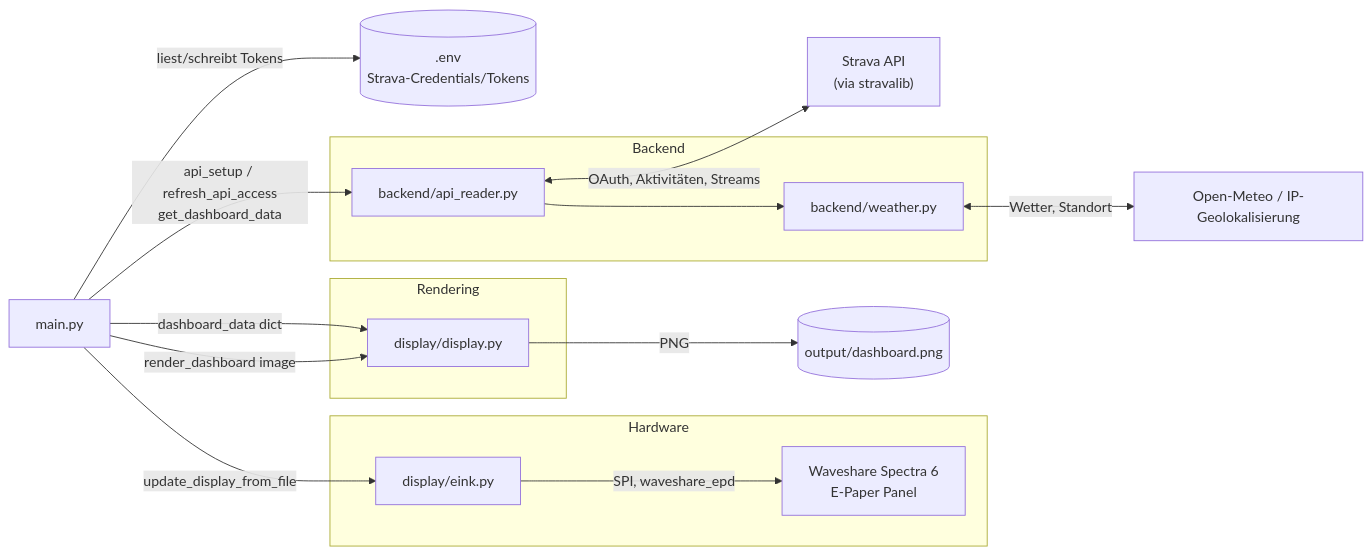
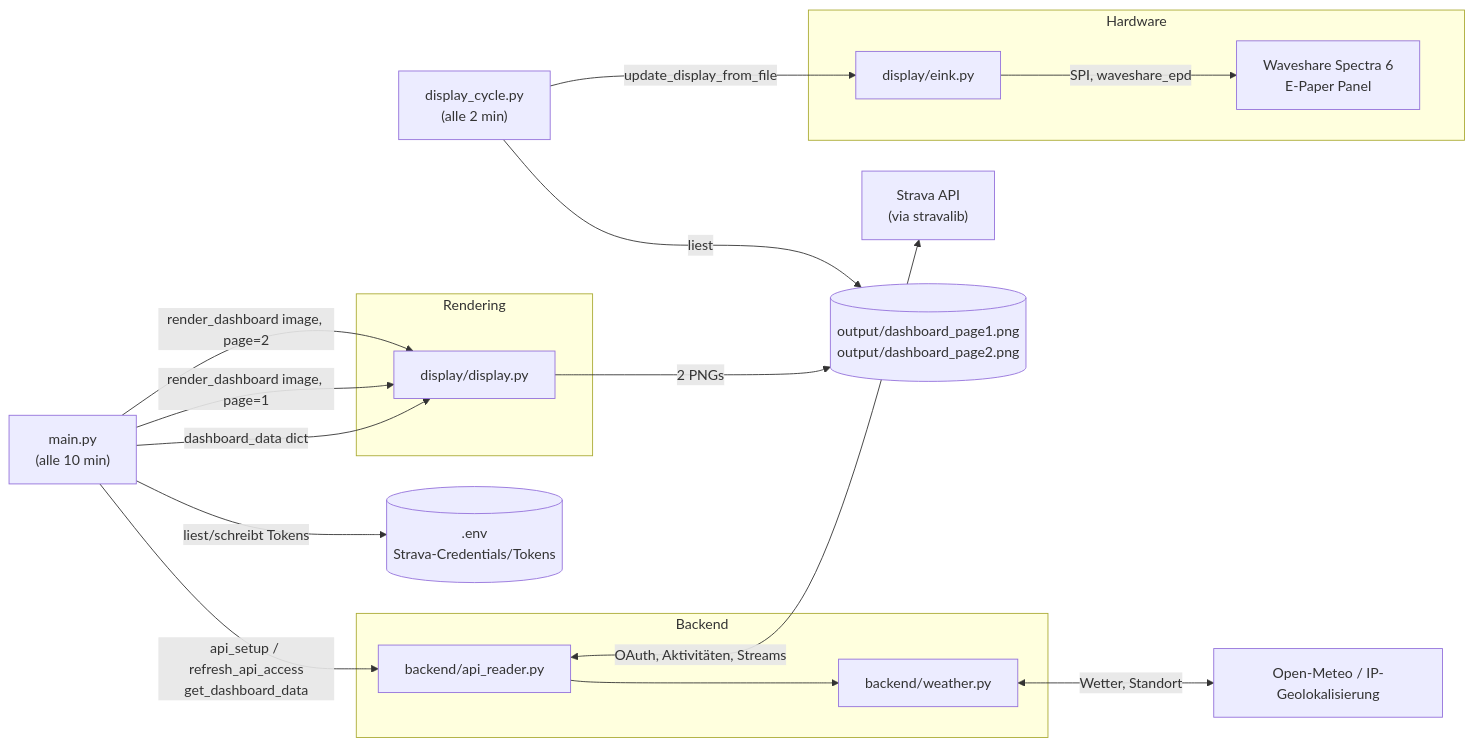
The first of 3 diagrams in README.md (jschoenau18/strava-display), drawn with Mermaid before and after one commit. The commit also changed other lines of this file and 12 other files, not shown here.

````diff
--- a/README.md
+++ b/README.md
@@ -35,30 +37,32 @@
 ```mermaid
 graph LR
     ENV[(".env\nStrava-Credentials/Tokens")]
     STRAVA["Strava API\n(via stravalib)"]
 
     subgraph Backend
         API["backend/api_reader.py"]
         WEATHER["backend/weather.py"]
     end
 
     subgraph Rendering
         DISP["display/display.py"]
     end
 
     subgraph Hardware
         EINK["display/eink.py"]
         PANEL["Waveshare Spectra 6\nE-Paper Panel"]
     end
 
-    MAIN["main.py"] -->|liest/schreibt Tokens| ENV
+    MAIN["main.py\n(alle 10 min)"] -->|liest/schreibt Tokens| ENV
     MAIN -->|api_setup / refresh_api_access\nget_dashboard_data| API
     API <-->|OAuth, Aktivitäten, Streams| STRAVA
     API --> WEATHER
     WEATHER <-->|Wetter, Standort| WX["Open-Meteo / IP-Geolokalisierung"]
     MAIN -->|dashboard_data dict| DISP
-    DISP -->|PNG| OUT[("output/dashboard.png")]
-    MAIN -->|render_dashboard image| DISP
-    MAIN -->|update_display_from_file| EINK
+    MAIN -->|render_dashboard image, page=1| DISP
+    MAIN -->|render_dashboard image, page=2| DISP
+    DISP -->|2 PNGs| OUT[("output/dashboard_page1.png\noutput/dashboard_page2.png")]
+    CYCLE["display_cycle.py\n(alle 2 min)"] -->|liest| OUT
+    CYCLE -->|update_display_from_file| EINK
     EINK -->|SPI, waveshare_epd| PANEL
 ```
````
